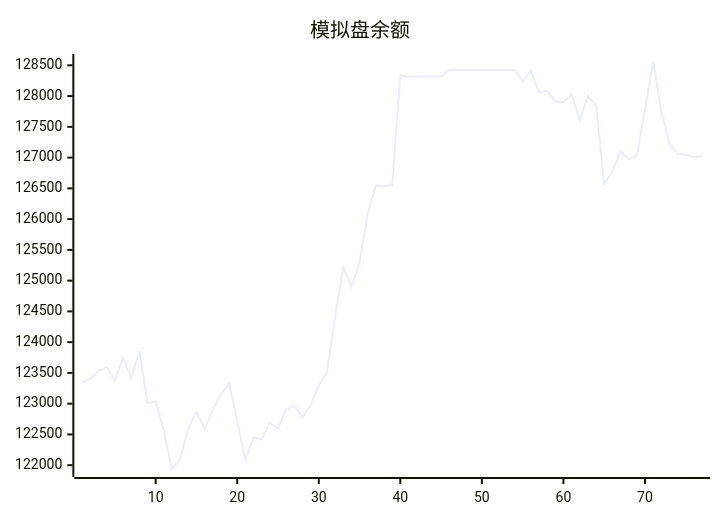
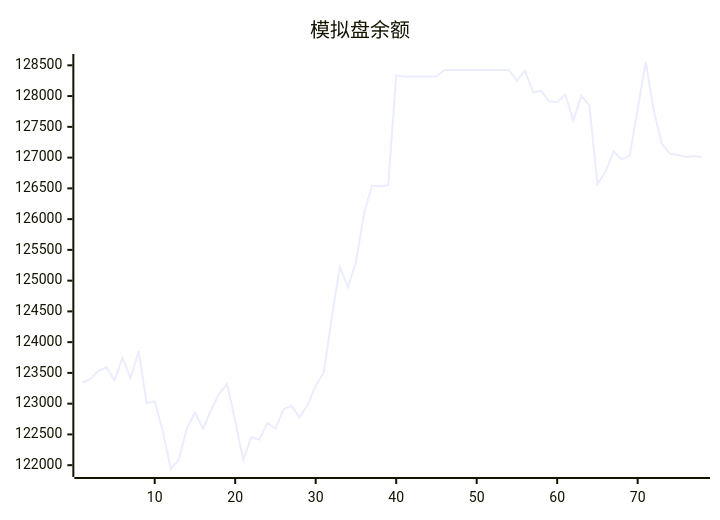
One commit to aahl/mcp-aktools changed the diagram in trading/README.md. Above: the diagram before and after it, drawn with Mermaid. The commit also changed other lines of this file and 1 other file, not shown here.

````diff
--- a/trading/README.md
+++ b/trading/README.md
@@ -3,5 +3,5 @@
 ```mermaid
 xychart
     title "模拟盘余额"
-    line [123338,123402,123530,123592,123378,123745,123413,123853,123009,123040,122557,121938,122095,122599,122856,122597,122898,123160,123319,122719,122087,122454,122416,122685,122592,122907,122961,122776,122981,123295,123507,124403,125224,124894,125303,126088,126544,126534,126549,128335,128318,128318,128318,128318,128318,128424,128424,128424,128424,128424,128424,128424,128424,128424,128247,128412,128062,128087,127917,127901,128026,127611,128000,127850,126572,126770,127100,126971,127029,127783,128554,127765,127224,127064,127044,127009,127025]
+    line [123338,123402,123530,123592,123378,123745,123413,123853,123009,123040,122557,121938,122095,122599,122856,122597,122898,123160,123319,122719,122087,122454,122416,122685,122592,122907,122961,122776,122981,123295,123507,124403,125224,124894,125303,126088,126544,126534,126549,128335,128318,128318,128318,128318,128318,128424,128424,128424,128424,128424,128424,128424,128424,128424,128247,128412,128062,128087,127917,127901,128026,127611,128000,127850,126572,126770,127100,126971,127029,127783,128554,127765,127224,127064,127044,127009,127025,127004]
 ```
````
